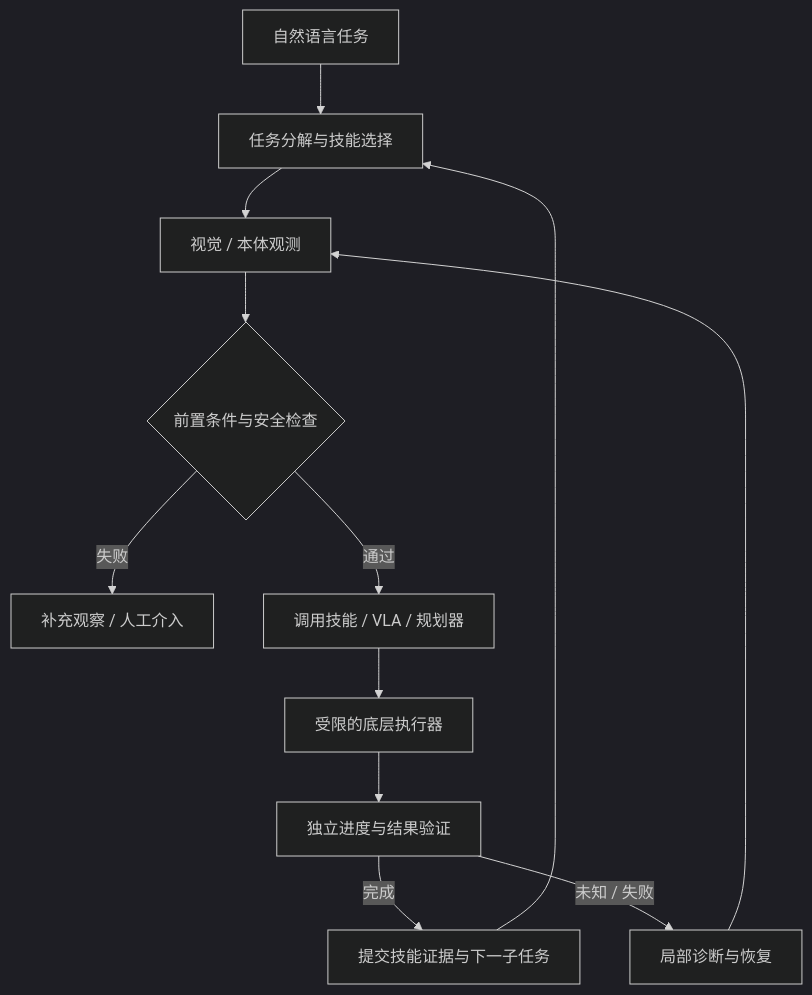
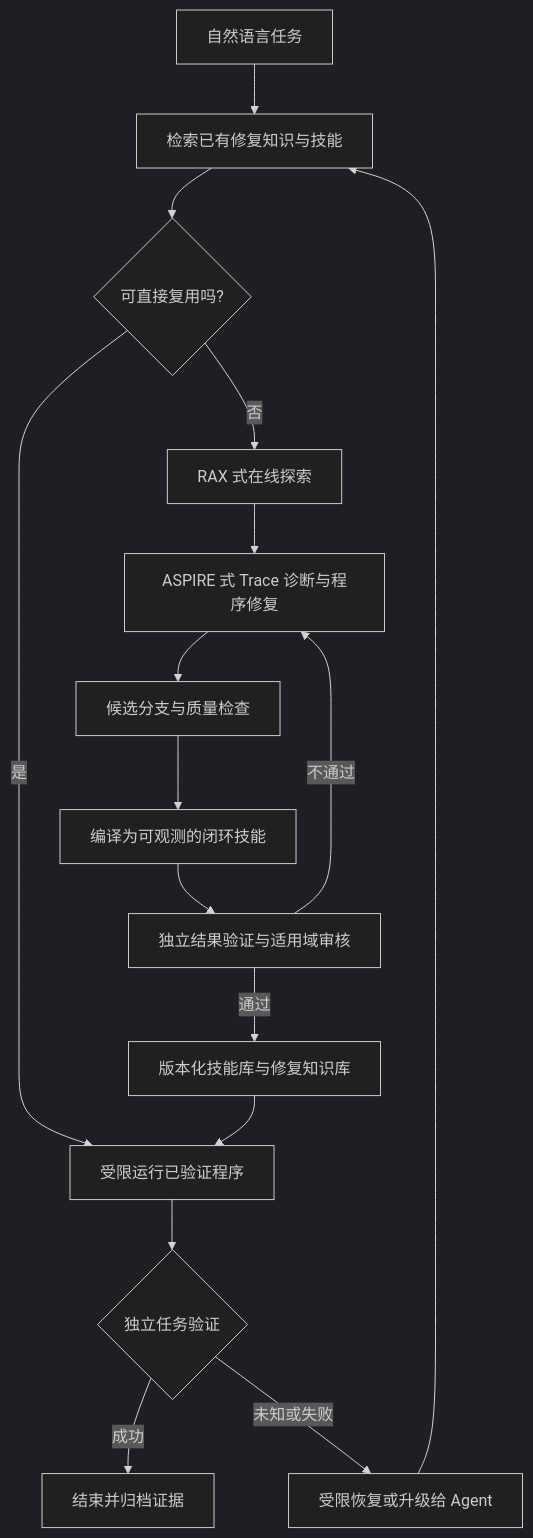
Before and after one commit to zengxiong111/Foundation_of_Embodied_AI: the third of 3 diagrams in md/Robot_Agent_Workflow_ZH.md, drawn with Mermaid (dark theme). The commit also changed other lines of this file and 35 other files, not shown here.

First line of the commit message:
Update bilingual Robot Agent chapter with ASPIRE and RAX notes [skip ci]

````diff
--- a/md/Robot_Agent_Workflow_ZH.md
+++ b/md/Robot_Agent_Workflow_ZH.md
@@ -105,14 +311,18 @@
-~~~mermaid
+```mermaid
 flowchart TD
-  G["自然语言任务"] --> P["任务分解与技能选择"]
-  P --> O["视觉 / 本体观测"]
-  O --> C{"前置条件与安全检查"}
-  C -- "失败" --> R["补充观察 / 人工介入"]
-  C -- "通过" --> A["调用技能 / VLA / 规划器"]
-  A --> S["受限的底层执行器"]
-  S --> V["独立进度与结果验证"]
-  V -- "完成" --> M["提交技能证据与下一子任务"]
-  V -- "未知 / 失败" --> F["局部诊断与恢复"]
-  F --> O
-  M --> P
-~~~
+ G[自然语言任务] --> M[检索已有修复知识与技能]
+ M --> Q{可直接复用吗?}
+ Q -- 是 --> R[受限运行已验证程序]
+ Q -- 否 --> X[RAX 式在线探索]
+ X --> A[ASPIRE 式 Trace 诊断与程序修复]
+ A --> E[候选分支与质量检查]
+ E --> C[编译为可观测的闭环技能]
+ C --> V[独立结果验证与适用域审核]
+ V -- 通过 --> L[版本化技能库与修复知识库]
+ V -- 不通过 --> A
+ L --> R
+ R --> S{独立任务验证}
+ S -- 成功 --> D[结束并归档证据]
+ S -- 未知或失败 --> F[受限恢复或升级给 Agent]
+ F --> M
+```
````
